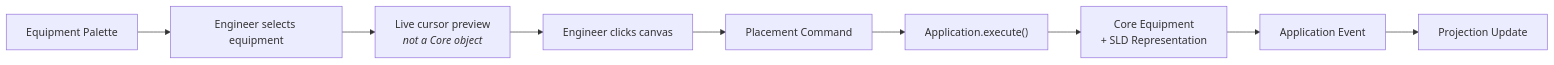
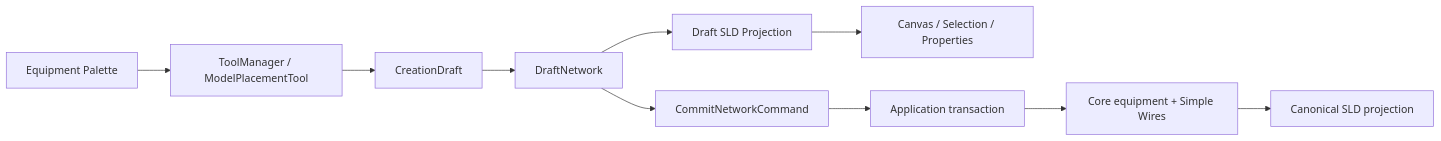
One commit to SubhenduMishra29/GridForge changed the fifth of 6 diagrams in README.md. Above: the diagram before and after it, drawn with Mermaid. The commit also changed other lines of this file, not shown here.

Commit message:
docs: update README for current V2 architecture

````diff
--- a/README.md
+++ b/README.md
@@ -243,11 +261,12 @@
 ```mermaid
 flowchart LR
-    A[Equipment Palette] --> B[Engineer selects equipment]
-    B --> C[Live cursor preview<br/><i>not a Core object</i>]
-    C --> D[Engineer clicks canvas]
-    D --> E[Placement Command]
-    E --> F["Application.execute()"]
-    F --> G[Core Equipment<br/>+ SLD Representation]
-    G --> H[Application Event]
-    H --> I[Projection Update]
+    A[Equipment Palette] --> B[ToolManager / ModelPlacementTool]
+    B --> C[CreationDraft]
+    C --> D[DraftNetwork]
+    D --> E[Draft SLD Projection]
+    E --> F[Canvas / Selection / Properties]
+    D --> G[CommitNetworkCommand]
+    G --> H[Application transaction]
+    H --> I[Core equipment + Simple Wires]
+    I --> J[Canonical SLD projection]
 ```
````
